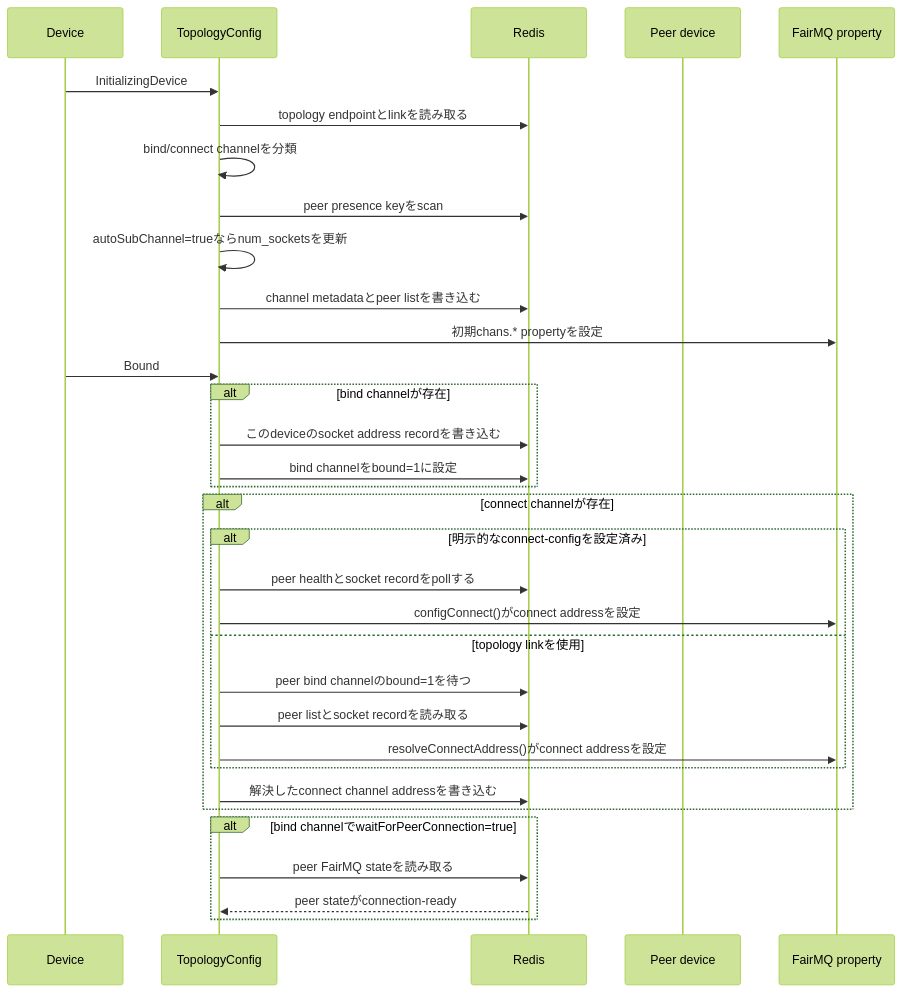
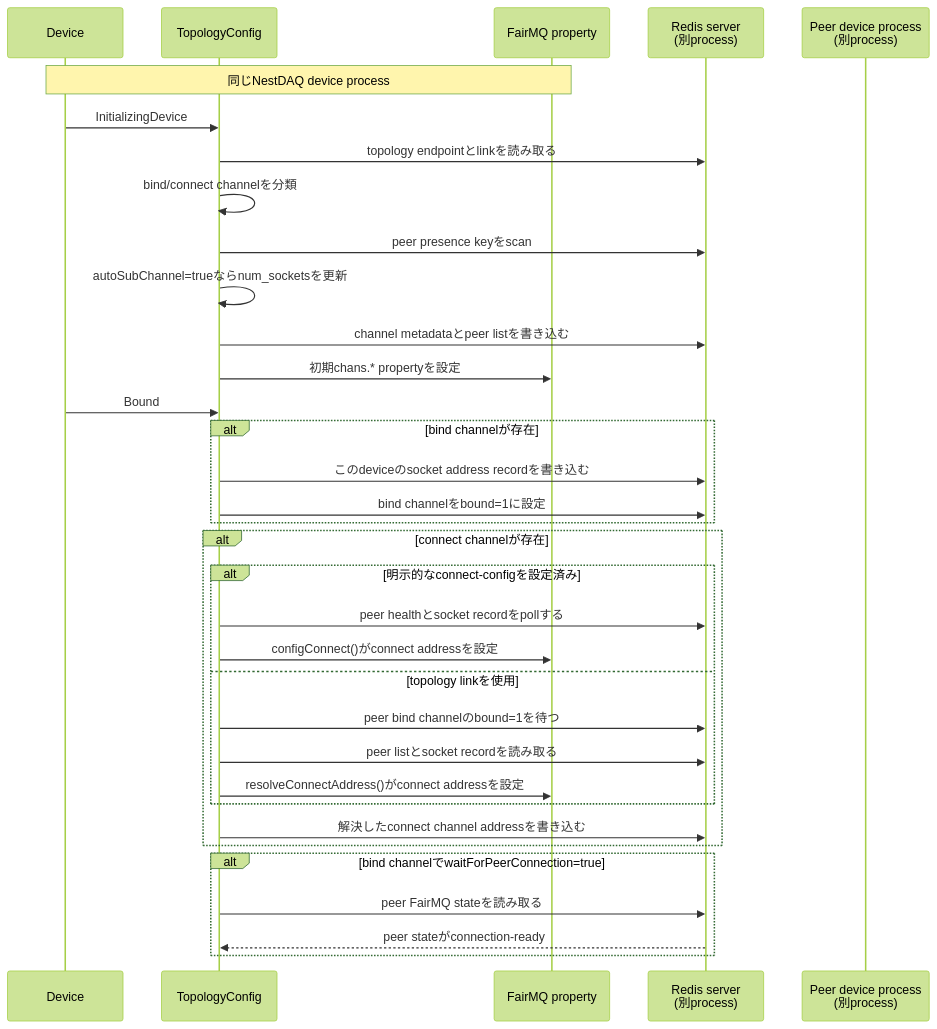
The second of 3 diagrams in plugins/README.ja.md (tntakahashi/nestdaq), drawn with Mermaid (forest theme) before and after one commit. The commit also changed other lines of this file and 1 other file, not shown here.

Commit message:
docs(plugins): show process boundaries in topology sequence

````diff
--- a/plugins/README.ja.md
+++ b/plugins/README.ja.md
@@ -355,37 +357,38 @@
 ```mermaid
 sequenceDiagram
     participant Device
     participant TopologyConfig
-    participant Redis
-    participant PeerDevices as Peer device
     participant FairMQProperties as FairMQ property
+    participant Redis as Redis server<br/>(別process)
+    participant PeerDevices as Peer device process<br/>(別process)
+    Note over Device,FairMQProperties: 同じNestDAQ device process
 
     Device->>TopologyConfig: InitializingDevice
     TopologyConfig->>Redis: topology endpointとlinkを読み取る
     TopologyConfig->>TopologyConfig: bind/connect channelを分類
     TopologyConfig->>Redis: peer presence keyをscan
     TopologyConfig->>TopologyConfig: autoSubChannel=trueならnum_socketsを更新
     TopologyConfig->>Redis: channel metadataとpeer listを書き込む
     TopologyConfig->>FairMQProperties: 初期chans.* propertyを設定
 
     Device->>TopologyConfig: Bound
     alt bind channelが存在
         TopologyConfig->>Redis: このdeviceのsocket address recordを書き込む
         TopologyConfig->>Redis: bind channelをbound=1に設定
     end
     alt connect channelが存在
         alt 明示的なconnect-configを設定済み
             TopologyConfig->>Redis: peer healthとsocket recordをpollする
             TopologyConfig->>FairMQProperties: configConnect()がconnect addressを設定
         else topology linkを使用
             TopologyConfig->>Redis: peer bind channelのbound=1を待つ
             TopologyConfig->>Redis: peer listとsocket recordを読み取る
             TopologyConfig->>FairMQProperties: resolveConnectAddress()がconnect addressを設定
         end
         TopologyConfig->>Redis: 解決したconnect channel addressを書き込む
     end
     alt bind channelでwaitForPeerConnection=true
         TopologyConfig->>Redis: peer FairMQ stateを読み取る
         Redis-->>TopologyConfig: peer stateがconnection-ready
     end
 ```
````
